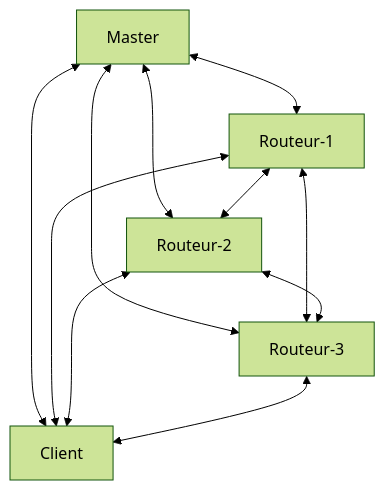
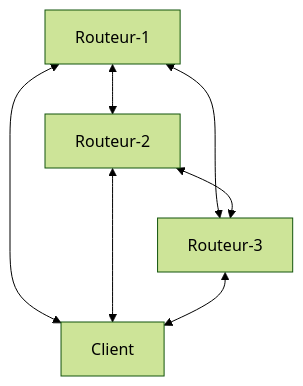
Before and after one commit to theofefe22/rotator-v1-02: the diagram in README.md, drawn with Mermaid (forest theme). The commit also changed other lines of this file, not shown here.

Commit message:
Add examples section to README
Added examples section with architecture and message circuit descriptions.

````diff
--- a/README.md
+++ b/README.md
@@ -14,13 +20,9 @@
 ```mermaid
 graph TD;
-    Master<-->Routeur-1;
-    Master<-->Routeur-2;
-    Master<-->Routeur-3;
-    Master<-->Client;
     Routeur-1<-->Routeur-2;
-    Routeur-1<-->Routeur-3
+    Routeur-1<-->Routeur-3;
     Routeur-1<-->Client;
-    Routeur-2<-->Routeur-3
+    Routeur-2<-->Routeur-3;
     Routeur-2<-->Client;
     Routeur-3<-->Client;
 ```
````
